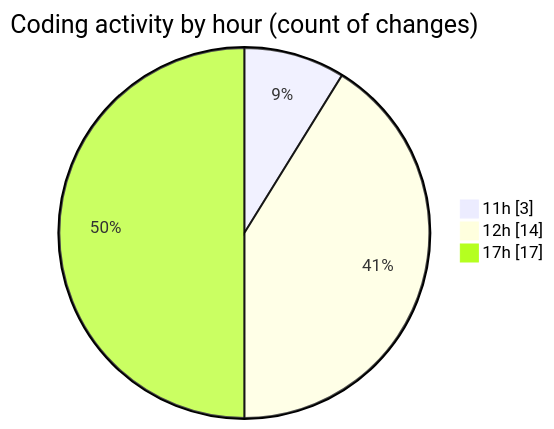
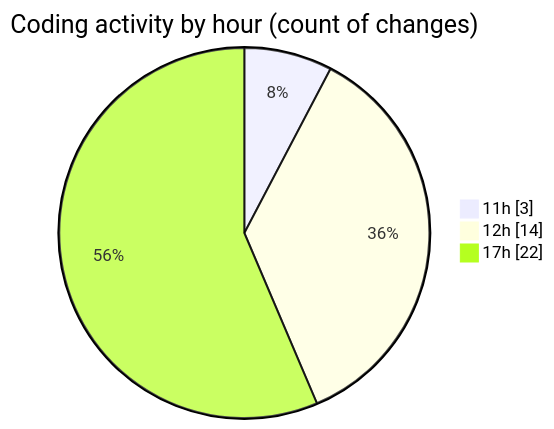
One commit to momahboobian/code-tracking changed the second of 2 diagrams in 2025-05-15/news-clock-system-caspercg/README.md. Above: the diagram before and after it, drawn with Mermaid. The commit also changed other lines of this file and 1 other file, not shown here.

````diff
--- a/2025-05-15/news-clock-system-caspercg/README.md
+++ b/2025-05-15/news-clock-system-caspercg/README.md
@@ -39,7 +39,7 @@
 ```mermaid
 pie showData
 title Coding activity by hour (count of changes)
 "11h" : 3
 "12h" : 14
-"17h" : 17
+"17h" : 22
 ```
````
